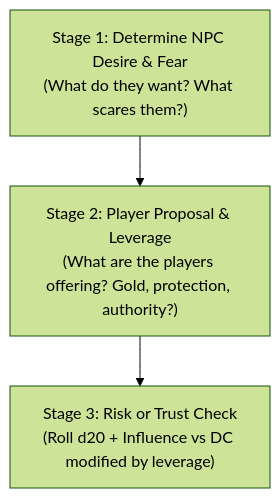
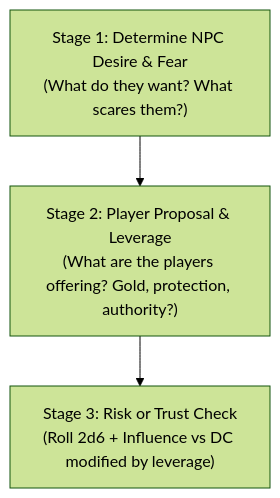
One commit to aryanpatil-07/SutraDhar changed the third of 4 diagrams in docs/game_design/GAME_RULES_AND_MECHANICS.md. Above: the diagram before and after it, drawn with Mermaid (forest theme). The commit also changed other lines of this file and 8 other files, not shown here.

````diff
--- a/docs/game_design/GAME_RULES_AND_MECHANICS.md
+++ b/docs/game_design/GAME_RULES_AND_MECHANICS.md
@@ -169,9 +171,9 @@
 ```mermaid
 flowchart TD
     Stage1["Stage 1: Determine NPC Desire & Fear
 (What do they want? What scares them?)"] --> Stage2
     Stage2["Stage 2: Player Proposal & Leverage
 (What are the players offering? Gold, protection, authority?)"] --> Stage3
     Stage3["Stage 3: Risk or Trust Check
-(Roll d20 + Influence vs DC modified by leverage)"]
+(Roll 2d6 + Influence vs DC modified by leverage)"]
 ```
````
